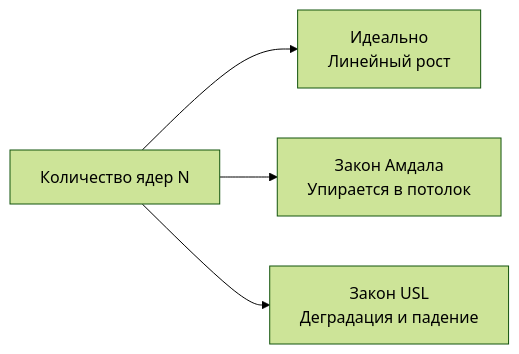
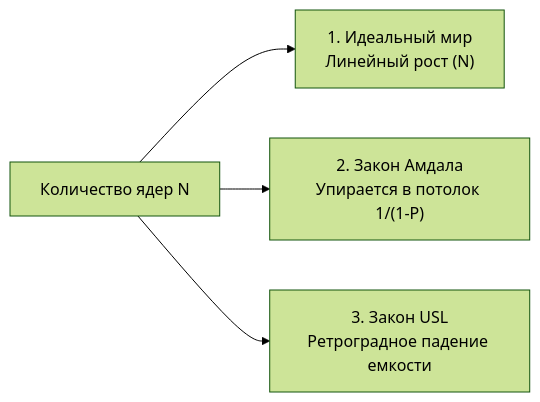
The diagram in sources/1. Архитектура компьютера/39. Почему производительность бывает нелинейной.md (UnrealTemplier/go-textbook), drawn with Mermaid (forest theme) before and after one commit. The commit also changed other lines of this file, not shown here.

````diff
--- a/sources/1. Архитектура компьютера/39. Почему производительность бывает нелинейной.md
+++ b/sources/1. Архитектура компьютера/39. Почему производительность бывает нелинейной.md
@@ -58,6 +83,6 @@
 ```mermaid
 flowchart LR
-    CORES["Количество ядер N"] --> IDEAL["Идеально<br>Линейный рост"]
-    CORES --> AMDAHL["Закон Амдала<br>Упирается в потолок"]
-    CORES --> USL["Закон USL<br>Деградация и падение"]
+    CORES["Количество ядер N"] --> IDEAL["1. Идеальный мир<br>Линейный рост (N)"]
+    CORES --> AMDAHL["2. Закон Амдала<br>Упирается в потолок 1/(1-P)"]
+    CORES --> USL["3. Закон USL<br>Ретроградное падение емкости"]
 ```
````
